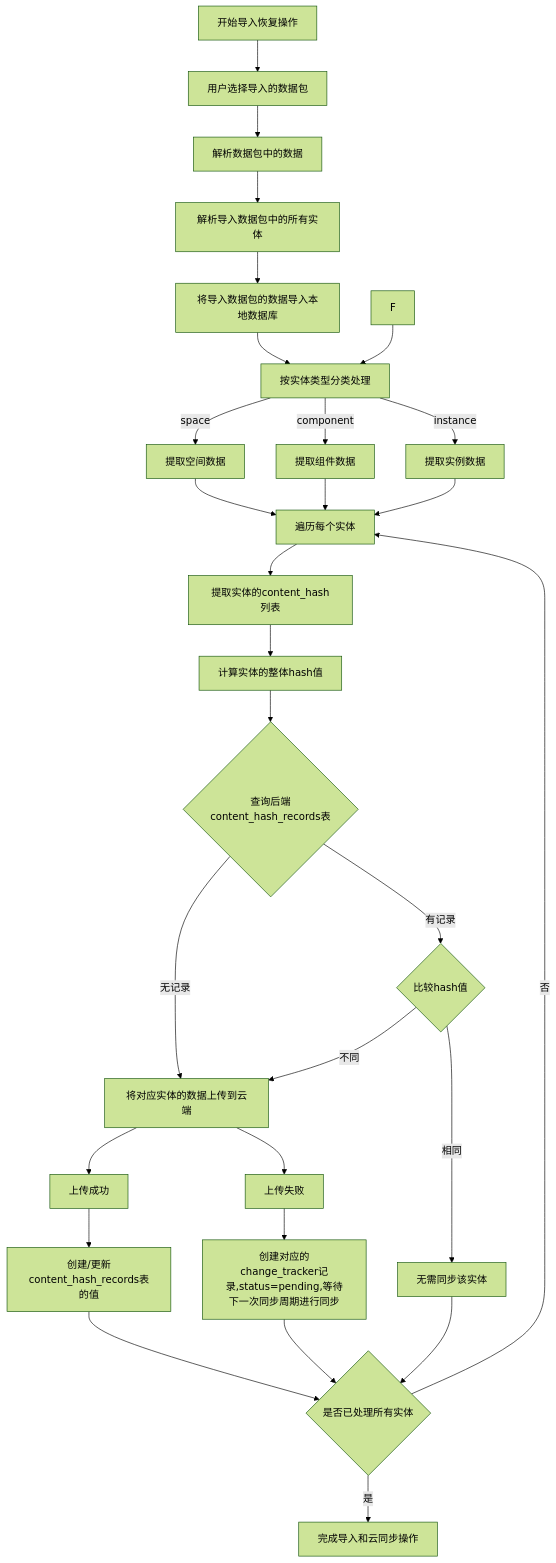
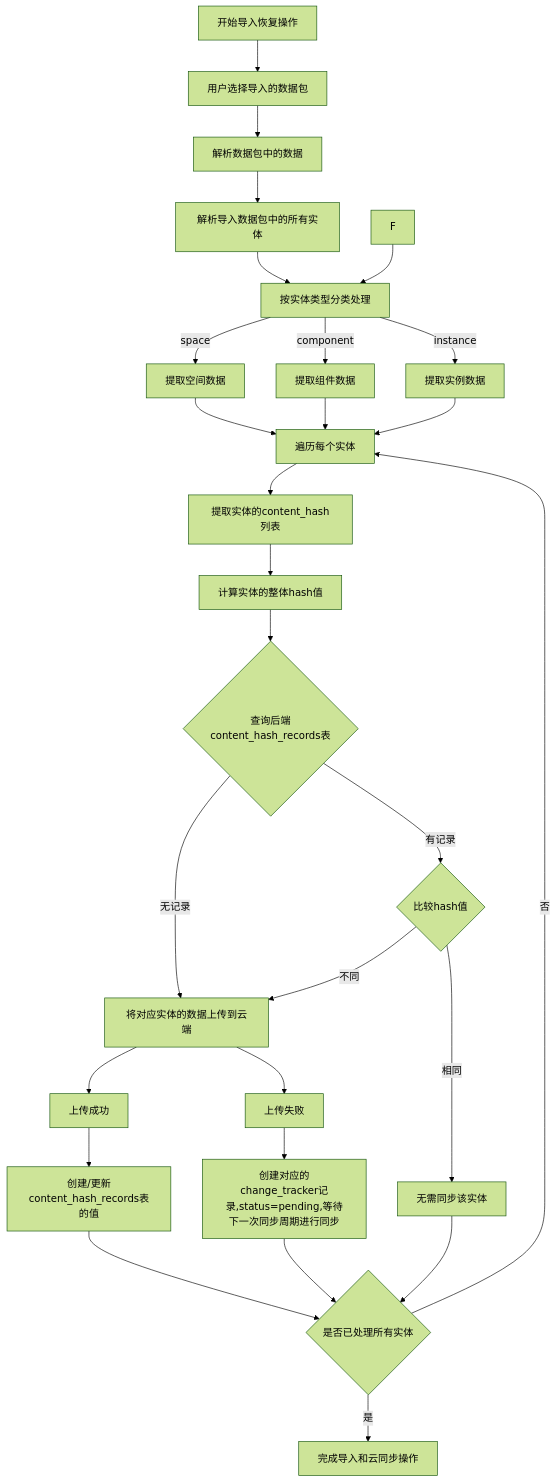
One commit to yingjianzh/iodraw-files changed the diagram in all/未命名-45.md. Above: the diagram before and after it, drawn with Mermaid (forest theme).

Commit message:
2025-04-27 17:34:06 update

````diff
--- a/all/未命名-45.md
+++ b/all/未命名-45.md
@@ -1,46 +1,44 @@
 ```mermaid
 
 flowchart TD
     A[开始导入恢复操作] --> B[用户选择导入的数据包]
     B --> C[解析数据包中的数据]
     
     C --> D[解析导入数据包中的所有实体]
-    D --> E[将导入数据包的数据导入本地数据库]
-    
-    E --> G[按实体类型分类处理]
+    D  --> G[按实体类型分类处理]
     F --> G[按实体类型分类处理]
     
     G -->|space| H1[提取空间数据]
     G -->|component| H2[提取组件数据]
     G -->|instance| H3[提取实例数据]
     
     H1 --> I[遍历每个实体]
     H2 --> I
     H3 --> I
     
     I --> J[提取实体的content_hash列表]
     J --> K[计算实体的整体hash值]
     
     K --> L{查询后端content_hash_records表}
     L -->|无记录| M1[将对应实体的数据上传到云端]
     M1 --> N1[上传成功]
     M1 --> N2[上传失败]
     
     N2 --> N3[创建对应的change_tracker记录,status=pending,等待下一次同步周期进行同步]
     N3 --> S
     N1 --> M4[创建/更新content_hash_records表的值]
 
 
     L -->|有记录| M2{比较hash值}
     M2 -->|不同| M1
 
     M2 -->|相同| M3[无需同步该实体]
     
     
     M3 --> S{是否已处理所有实体}
     M4 --> S{是否已处理所有实体}
     
     S -->|否| I
     S -->|是| T[完成导入和云同步操作]
 
 ```
````
